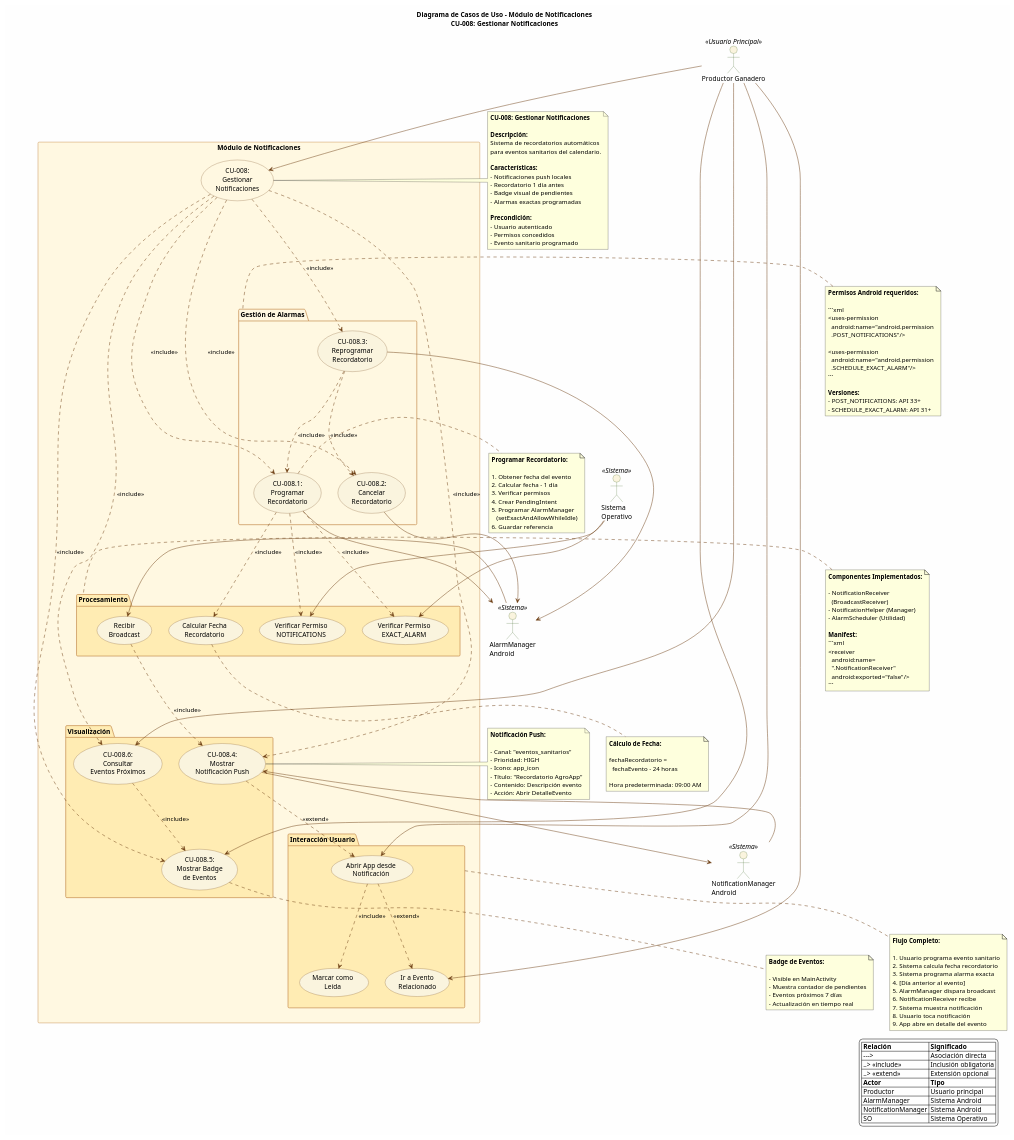
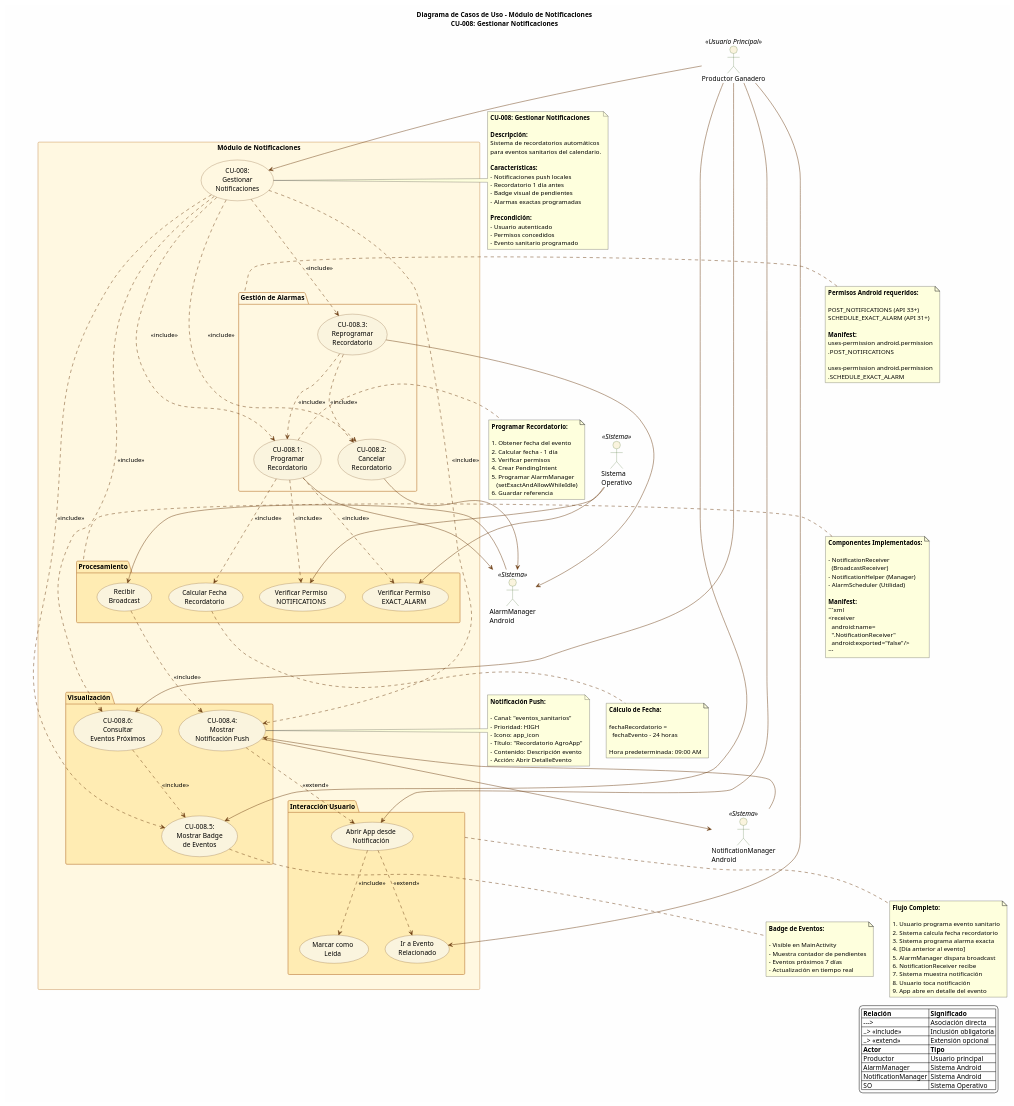
Before and after one commit to LuisErnesto221104/AgroApp: the diagram in docs/diagramas/CU-Notificaciones.puml, drawn with PlantUML. The commit also changed 1 other file, not shown here.

Commit message:
Fix code review comments: remove unused directive and improve XML formatting

````diff
--- a/docs/diagramas/CU-Notificaciones.puml
+++ b/docs/diagramas/CU-Notificaciones.puml
@@ -188,19 +188,15 @@
 note left of PkgAlarmas
   **Permisos Android requeridos:**
   
-  ```xml
-  <uses-permission 
-    android:name="android.permission
-    .POST_NOTIFICATIONS"/>
+  POST_NOTIFICATIONS (API 33+)
+  SCHEDULE_EXACT_ALARM (API 31+)
   
-  <uses-permission 
-    android:name="android.permission
-    .SCHEDULE_EXACT_ALARM"/>
-  ```
+  **Manifest:**
+  uses-permission android.permission
+  .POST_NOTIFICATIONS
   
-  **Versiones:**
-  - POST_NOTIFICATIONS: API 33+
-  - SCHEDULE_EXACT_ALARM: API 31+
+  uses-permission android.permission
+  .SCHEDULE_EXACT_ALARM
 end note
 
 ' =============================================================================
````
